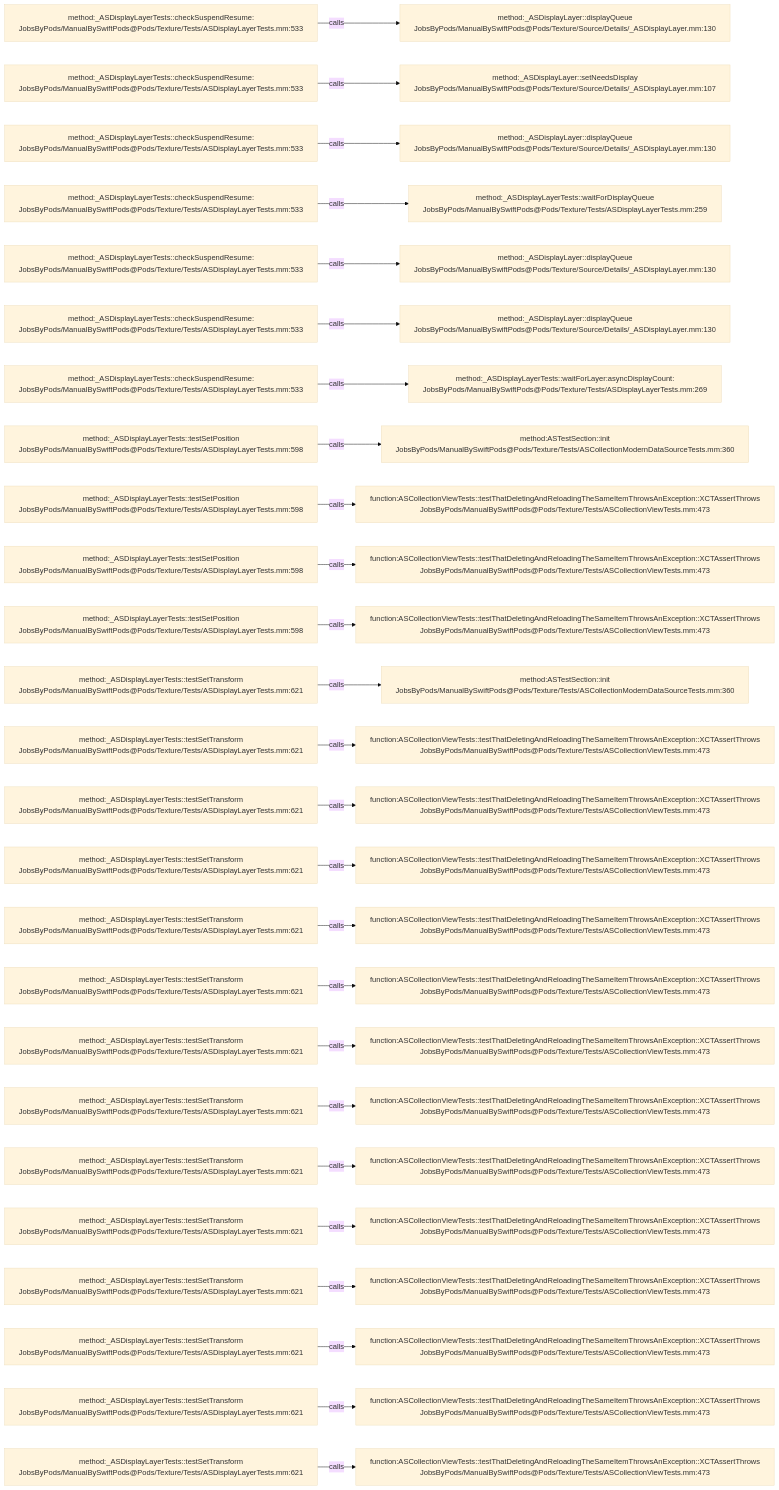
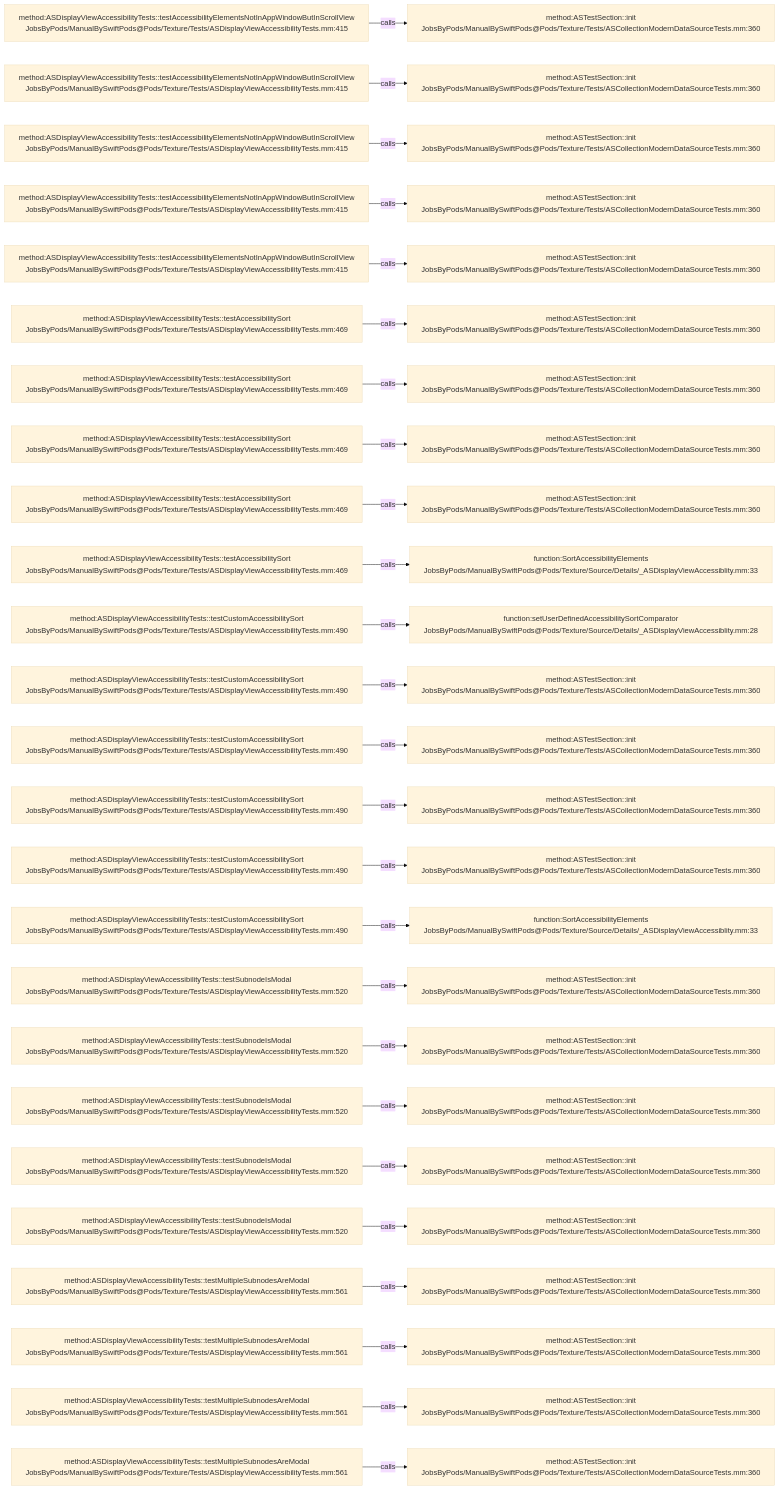
Before and after one commit to JobsKits/JobsSwiftBaseConfigDemo: the diagram in .codegraph/codegraph.md/graphs/calls-200.md, drawn with Mermaid (base theme). The commit also changed 832 other files, not shown here.

````diff
--- a/.codegraph/codegraph.md/graphs/calls-200.md
+++ b/.codegraph/codegraph.md/graphs/calls-200.md
@@ -13,78 +13,78 @@
 ```mermaid
 flowchart LR
-  S1["method:_ASDisplayLayerTests::checkSuspendResume:<br/>JobsByPods/ManualBySwiftPods@Pods/Texture/Tests/ASDisplayLayerTests.mm:533"]
-  T1["method:_ASDisplayLayer::displayQueue<br/>JobsByPods/ManualBySwiftPods@Pods/Texture/Source/Details/_ASDisplayLayer.mm:130"]
+  S1["method:ASDisplayViewAccessibilityTests::testAccessibilityElementsNotInAppWindowButInScrollView<br/>JobsByPods/ManualBySwiftPods@Pods/Texture/Tests/ASDisplayViewAccessibilityTests.mm:415"]
+  T1["method:ASTestSection::init<br/>JobsByPods/ManualBySwiftPods@Pods/Texture/Tests/ASCollectionModernDataSourceTests.mm:360"]
   S1 -->|calls| T1
-  S2["method:_ASDisplayLayerTests::checkSuspendResume:<br/>JobsByPods/ManualBySwiftPods@Pods/Texture/Tests/ASDisplayLayerTests.mm:533"]
-  T2["method:_ASDisplayLayer::setNeedsDisplay<br/>JobsByPods/ManualBySwiftPods@Pods/Texture/Source/Details/_ASDisplayLayer.mm:107"]
+  S2["method:ASDisplayViewAccessibilityTests::testAccessibilityElementsNotInAppWindowButInScrollView<br/>JobsByPods/ManualBySwiftPods@Pods/Texture/Tests/ASDisplayViewAccessibilityTests.mm:415"]
+  T2["method:ASTestSection::init<br/>JobsByPods/ManualBySwiftPods@Pods/Texture/Tests/ASCollectionModernDataSourceTests.mm:360"]
   S2 -->|calls| T2
-  S3["method:_ASDisplayLayerTests::checkSuspendResume:<br/>JobsByPods/ManualBySwiftPods@Pods/Texture/Tests/ASDisplayLayerTests.mm:533"]
-  T3["method:_ASDisplayLayer::displayQueue<br/>JobsByPods/ManualBySwiftPods@Pods/Texture/Source/Details/_ASDisplayLayer.mm:130"]
+  S3["method:ASDisplayViewAccessibilityTests::testAccessibilityElementsNotInAppWindowButInScrollView<br/>JobsByPods/ManualBySwiftPods@Pods/Texture/Tests/ASDisplayViewAccessibilityTests.mm:415"]
+  T3["method:ASTestSection::init<br/>JobsByPods/ManualBySwiftPods@Pods/Texture/Tests/ASCollectionModernDataSourceTests.mm:360"]
   S3 -->|calls| T3
-  S4["method:_ASDisplayLayerTests::checkSuspendResume:<br/>JobsByPods/ManualBySwiftPods@Pods/Texture/Tests/ASDisplayLayerTests.mm:533"]
-  T4["method:_ASDisplayLayerTests::waitForDisplayQueue<br/>JobsByPods/ManualBySwiftPods@Pods/Texture/Tests/ASDisplayLayerTests.mm:259"]
+  S4["method:ASDisplayViewAccessibilityTests::testAccessibilityElementsNotInAppWindowButInScrollView<br/>JobsByPods/ManualBySwiftPods@Pods/Texture/Tests/ASDisplayViewAccessibilityTests.mm:415"]
+  T4["method:ASTestSection::init<br/>JobsByPods/ManualBySwiftPods@Pods/Texture/Tests/ASCollectionModernDataSourceTests.mm:360"]
   S4 -->|calls| T4
-  S5["method:_ASDisplayLayerTests::checkSuspendResume:<br/>JobsByPods/ManualBySwiftPods@Pods/Texture/Tests/ASDisplayLayerTests.mm:533"]
-  T5["method:_ASDisplayLayer::displayQueue<br/>JobsByPods/ManualBySwiftPods@Pods/Texture/Source/Details/_ASDisplayLayer.mm:130"]
+  S5["method:ASDisplayViewAccessibilityTests::testAccessibilityElementsNotInAppWindowButInScrollView<br/>JobsByPods/ManualBySwiftPods@Pods/Texture/Tests/ASDisplayViewAccessibilityTests.mm:415"]
+  T5["method:ASTestSection::init<br/>JobsByPods/ManualBySwiftPods@Pods/Texture/Tests/ASCollectionModernDataSourceTests.mm:360"]
   S5 -->|calls| T5
-  S6["method:_ASDisplayLayerTests::checkSuspendResume:<br/>JobsByPods/ManualBySwiftPods@Pods/Texture/Tests/ASDisplayLayerTests.mm:533"]
-  T6["method:_ASDisplayLayer::displayQueue<br/>JobsByPods/ManualBySwiftPods@Pods/Texture/Source/Details/_ASDisplayLayer.mm:130"]
+  S6["method:ASDisplayViewAccessibilityTests::testAccessibilitySort<br/>JobsByPods/ManualBySwiftPods@Pods/Texture/Tests/ASDisplayViewAccessibilityTests.mm:469"]
+  T6["method:ASTestSection::init<br/>JobsByPods/ManualBySwiftPods@Pods/Texture/Tests/ASCollectionModernDataSourceTests.mm:360"]
   S6 -->|calls| T6
-  S7["method:_ASDisplayLayerTests::checkSuspendResume:<br/>JobsByPods/ManualBySwiftPods@Pods/Texture/Tests/ASDisplayLayerTests.mm:533"]
-  T7["method:_ASDisplayLayerTests::waitForLayer:asyncDisplayCount:<br/>JobsByPods/ManualBySwiftPods@Pods/Texture/Tests/ASDisplayLayerTests.mm:269"]
+  S7["method:ASDisplayViewAccessibilityTests::testAccessibilitySort<br/>JobsByPods/ManualBySwiftPods@Pods/Texture/Tests/ASDisplayViewAccessibilityTests.mm:469"]
+  T7["method:ASTestSection::init<br/>JobsByPods/ManualBySwiftPods@Pods/Texture/Tests/ASCollectionModernDataSourceTests.mm:360"]
   S7 -->|calls| T7
-  S8["method:_ASDisplayLayerTests::testSetPosition<br/>JobsByPods/ManualBySwiftPods@Pods/Texture/Tests/ASDisplayLayerTests.mm:598"]
+  S8["method:ASDisplayViewAccessibilityTests::testAccessibilitySort<br/>JobsByPods/ManualBySwiftPods@Pods/Texture/Tests/ASDisplayViewAccessibilityTests.mm:469"]
   T8["method:ASTestSection::init<br/>JobsByPods/ManualBySwiftPods@Pods/Texture/Tests/ASCollectionModernDataSourceTests.mm:360"]
   S8 -->|calls| T8
-  S9["method:_ASDisplayLayerTests::testSetPosition<br/>JobsByPods/ManualBySwiftPods@Pods/Texture/Tests/ASDisplayLayerTests.mm:598"]
-  T9["function:ASCollectionViewTests::testThatDeletingAndReloadingTheSameItemThrowsAnException::XCTAssertThrows<br/>JobsByPods/ManualBySwiftPods@Pods/Texture/Tests/ASCollectionViewTests.mm:473"]
+  S9["method:ASDisplayViewAccessibilityTests::testAccessibilitySort<br/>JobsByPods/ManualBySwiftPods@Pods/Texture/Tests/ASDisplayViewAccessibilityTests.mm:469"]
+  T9["method:ASTestSection::init<br/>JobsByPods/ManualBySwiftPods@Pods/Texture/Tests/ASCollectionModernDataSourceTests.mm:360"]
   S9 -->|calls| T9
-  S10["method:_ASDisplayLayerTests::testSetPosition<br/>JobsByPods/ManualBySwiftPods@Pods/Texture/Tests/ASDisplayLayerTests.mm:598"]
-  T10["function:ASCollectionViewTests::testThatDeletingAndReloadingTheSameItemThrowsAnException::XCTAssertThrows<br/>JobsByPods/ManualBySwiftPods@Pods/Texture/Tests/ASCollectionViewTests.mm:473"]
+  S10["method:ASDisplayViewAccessibilityTests::testAccessibilitySort<br/>JobsByPods/ManualBySwiftPods@Pods/Texture/Tests/ASDisplayViewAccessibilityTests.mm:469"]
+  T10["function:SortAccessibilityElements<br/>JobsByPods/ManualBySwiftPods@Pods/Texture/Source/Details/_ASDisplayViewAccessiblity.mm:33"]
   S10 -->|calls| T10
-  S11["method:_ASDisplayLayerTests::testSetPosition<br/>JobsByPods/ManualBySwiftPods@Pods/Texture/Tests/ASDisplayLayerTests.mm:598"]
-  T11["function:ASCollectionViewTests::testThatDeletingAndReloadingTheSameItemThrowsAnException::XCTAssertThrows<br/>JobsByPods/ManualBySwiftPods@Pods/Texture/Tests/ASCollectionViewTests.mm:473"]
+  S11["method:ASDisplayViewAccessibilityTests::testCustomAccessibilitySort<br/>JobsByPods/ManualBySwiftPods@Pods/Texture/Tests/ASDisplayViewAccessibilityTests.mm:490"]
+  T11["function:setUserDefinedAccessibilitySortComparator<br/>JobsByPods/ManualBySwiftPods@Pods/Texture/Source/Details/_ASDisplayViewAccessiblity.mm:28"]
   S11 -->|calls| T11
-  S12["method:_ASDisplayLayerTests::testSetTransform<br/>JobsByPods/ManualBySwiftPods@Pods/Texture/Tests/ASDisplayLayerTests.mm:621"]
+  S12["method:ASDisplayViewAccessibilityTests::testCustomAccessibilitySort<br/>JobsByPods/ManualBySwiftPods@Pods/Texture/Tests/ASDisplayViewAccessibilityTests.mm:490"]
   T12["method:ASTestSection::init<br/>JobsByPods/ManualBySwiftPods@Pods/Texture/Tests/ASCollectionModernDataSourceTests.mm:360"]
   S12 -->|calls| T12
-  S13["method:_ASDisplayLayerTests::testSetTransform<br/>JobsByPods/ManualBySwiftPods@Pods/Texture/Tests/ASDisplayLayerTests.mm:621"]
-  T13["function:ASCollectionViewTests::testThatDeletingAndReloadingTheSameItemThrowsAnException::XCTAssertThrows<br/>JobsByPods/ManualBySwiftPods@Pods/Texture/Tests/ASCollectionViewTests.mm:473"]
+  S13["method:ASDisplayViewAccessibilityTests::testCustomAccessibilitySort<br/>JobsByPods/ManualBySwiftPods@Pods/Texture/Tests/ASDisplayViewAccessibilityTests.mm:490"]
+  T13["method:ASTestSection::init<br/>JobsByPods/ManualBySwiftPods@Pods/Texture/Tests/ASCollectionModernDataSourceTests.mm:360"]
   S13 -->|calls| T13
-  S14["method:_ASDisplayLayerTests::testSetTransform<br/>JobsByPods/ManualBySwiftPods@Pods/Texture/Tests/ASDisplayLayerTests.mm:621"]
-  T14["function:ASCollectionViewTests::testThatDeletingAndReloadingTheSameItemThrowsAnException::XCTAssertThrows<br/>JobsByPods/ManualBySwiftPods@Pods/Texture/Tests/ASCollectionViewTests.mm:473"]
+  S14["method:ASDisplayViewAccessibilityTests::testCustomAccessibilitySort<br/>JobsByPods/ManualBySwiftPods@Pods/Texture/Tests/ASDisplayViewAccessibilityTests.mm:490"]
+  T14["method:ASTestSection::init<br/>JobsByPods/ManualBySwiftPods@Pods/Texture/Tests/ASCollectionModernDataSourceTests.mm:360"]
   S14 -->|calls| T14
-  S15["method:_ASDisplayLayerTests::testSetTransform<br/>JobsByPods/ManualBySwiftPods@Pods/Texture/Tests/ASDisplayLayerTests.mm:621"]
-  T15["function:ASCollectionViewTests::testThatDeletingAndReloadingTheSameItemThrowsAnException::XCTAssertThrows<br/>JobsByPods/ManualBySwiftPods@Pods/Texture/Tests/ASCollectionViewTests.mm:473"]
+  S15["method:ASDisplayViewAccessibilityTests::testCustomAccessibilitySort<br/>JobsByPods/ManualBySwiftPods@Pods/Texture/Tests/ASDisplayViewAccessibilityTests.mm:490"]
+  T15["method:ASTestSection::init<br/>JobsByPods/ManualBySwiftPods@Pods/Texture/Tests/ASCollectionModernDataSourceTests.mm:360"]
   S15 -->|calls| T15
-  S16["method:_ASDisplayLayerTests::testSetTransform<br/>JobsByPods/ManualBySwiftPods@Pods/Texture/Tests/ASDisplayLayerTests.mm:621"]
-  T16["function:ASCollectionViewTests::testThatDeletingAndReloadingTheSameItemThrowsAnException::XCTAssertThrows<br/>JobsByPods/ManualBySwiftPods@Pods/Texture/Tests/ASCollectionViewTests.mm:473"]
+  S16["method:ASDisplayViewAccessibilityTests::testCustomAccessibilitySort<br/>JobsByPods/ManualBySwiftPods@Pods/Texture/Tests/ASDisplayViewAccessibilityTests.mm:490"]
+  T16["function:SortAccessibilityElements<br/>JobsByPods/ManualBySwiftPods@Pods/Texture/Source/Details/_ASDisplayViewAccessiblity.mm:33"]
   S16 -->|calls| T16
-  S17["method:_ASDisplayLayerTests::testSetTransform<br/>JobsByPods/ManualBySwiftPods@Pods/Texture/Tests/ASDisplayLayerTests.mm:621"]
-  T17["function:ASCollectionViewTests::testThatDeletingAndReloadingTheSameItemThrowsAnException::XCTAssertThrows<br/>JobsByPods/ManualBySwiftPods@Pods/Texture/Tests/ASCollectionViewTests.mm:473"]
+  S17["method:ASDisplayViewAccessibilityTests::testSubnodeIsModal<br/>JobsByPods/ManualBySwiftPods@Pods/Texture/Tests/ASDisplayViewAccessibilityTests.mm:520"]
+  T17["method:ASTestSection::init<br/>JobsByPods/ManualBySwiftPods@Pods/Texture/Tests/ASCollectionModernDataSourceTests.mm:360"]
   S17 -->|calls| T17
-  S18["method:_ASDisplayLayerTests::testSetTransform<br/>JobsByPods/ManualBySwiftPods@Pods/Texture/Tests/ASDisplayLayerTests.mm:621"]
-  T18["function:ASCollectionViewTests::testThatDeletingAndReloadingTheSameItemThrowsAnException::XCTAssertThrows<br/>JobsByPods/ManualBySwiftPods@Pods/Texture/Tests/ASCollectionViewTests.mm:473"]
+  S18["method:ASDisplayViewAccessibilityTests::testSubnodeIsModal<br/>JobsByPods/ManualBySwiftPods@Pods/Texture/Tests/ASDisplayViewAccessibilityTests.mm:520"]
+  T18["method:ASTestSection::init<br/>JobsByPods/ManualBySwiftPods@Pods/Texture/Tests/ASCollectionModernDataSourceTests.mm:360"]
   S18 -->|calls| T18
-  S19["method:_ASDisplayLayerTests::testSetTransform<br/>JobsByPods/ManualBySwiftPods@Pods/Texture/Tests/ASDisplayLayerTests.mm:621"]
-  T19["function:ASCollectionViewTests::testThatDeletingAndReloadingTheSameItemThrowsAnException::XCTAssertThrows<br/>JobsByPods/ManualBySwiftPods@Pods/Texture/Tests/ASCollectionViewTests.mm:473"]
+  S19["method:ASDisplayViewAccessibilityTests::testSubnodeIsModal<br/>JobsByPods/ManualBySwiftPods@Pods/Texture/Tests/ASDisplayViewAccessibilityTests.mm:520"]
+  T19["method:ASTestSection::init<br/>JobsByPods/ManualBySwiftPods@Pods/Texture/Tests/ASCollectionModernDataSourceTests.mm:360"]
   S19 -->|calls| T19
-  S20["method:_ASDisplayLayerTests::testSetTransform<br/>JobsByPods/ManualBySwiftPods@Pods/Texture/Tests/ASDisplayLayerTests.mm:621"]
-  T20["function:ASCollectionViewTests::testThatDeletingAndReloadingTheSameItemThrowsAnException::XCTAssertThrows<br/>JobsByPods/ManualBySwiftPods@Pods/Texture/Tests/ASCollectionViewTests.mm:473"]
+  S20["method:ASDisplayViewAccessibilityTests::testSubnodeIsModal<br/>JobsByPods/ManualBySwiftPods@Pods/Texture/Tests/ASDisplayViewAccessibilityTests.mm:520"]
+  T20["method:ASTestSection::init<br/>JobsByPods/ManualBySwiftPods@Pods/Texture/Tests/ASCollectionModernDataSourceTests.mm:360"]
   S20 -->|calls| T20
-  S21["method:_ASDisplayLayerTests::testSetTransform<br/>JobsByPods/ManualBySwiftPods@Pods/Texture/Tests/ASDisplayLayerTests.mm:621"]
-  T21["function:ASCollectionViewTests::testThatDeletingAndReloadingTheSameItemThrowsAnException::XCTAssertThrows<br/>JobsByPods/ManualBySwiftPods@Pods/Texture/Tests/ASCollectionViewTests.mm:473"]
+  S21["method:ASDisplayViewAccessibilityTests::testSubnodeIsModal<br/>JobsByPods/ManualBySwiftPods@Pods/Texture/Tests/ASDisplayViewAccessibilityTests.mm:520"]
+  T21["method:ASTestSection::init<br/>JobsByPods/ManualBySwiftPods@Pods/Texture/Tests/ASCollectionModernDataSourceTests.mm:360"]
   S21 -->|calls| T21
-  S22["method:_ASDisplayLayerTests::testSetTransform<br/>JobsByPods/ManualBySwiftPods@Pods/Texture/Tests/ASDisplayLayerTests.mm:621"]
-  T22["function:ASCollectionViewTests::testThatDeletingAndReloadingTheSameItemThrowsAnException::XCTAssertThrows<br/>JobsByPods/ManualBySwiftPods@Pods/Texture/Tests/ASCollectionViewTests.mm:473"]
+  S22["method:ASDisplayViewAccessibilityTests::testMultipleSubnodesAreModal<br/>JobsByPods/ManualBySwiftPods@Pods/Texture/Tests/ASDisplayViewAccessibilityTests.mm:561"]
+  T22["method:ASTestSection::init<br/>JobsByPods/ManualBySwiftPods@Pods/Texture/Tests/ASCollectionModernDataSourceTests.mm:360"]
   S22 -->|calls| T22
-  S23["method:_ASDisplayLayerTests::testSetTransform<br/>JobsByPods/ManualBySwiftPods@Pods/Texture/Tests/ASDisplayLayerTests.mm:621"]
-  T23["function:ASCollectionViewTests::testThatDeletingAndReloadingTheSameItemThrowsAnException::XCTAssertThrows<br/>JobsByPods/ManualBySwiftPods@Pods/Texture/Tests/ASCollectionViewTests.mm:473"]
+  S23["method:ASDisplayViewAccessibilityTests::testMultipleSubnodesAreModal<br/>JobsByPods/ManualBySwiftPods@Pods/Texture/Tests/ASDisplayViewAccessibilityTests.mm:561"]
+  T23["method:ASTestSection::init<br/>JobsByPods/ManualBySwiftPods@Pods/Texture/Tests/ASCollectionModernDataSourceTests.mm:360"]
   S23 -->|calls| T23
-  S24["method:_ASDisplayLayerTests::testSetTransform<br/>JobsByPods/ManualBySwiftPods@Pods/Texture/Tests/ASDisplayLayerTests.mm:621"]
-  T24["function:ASCollectionViewTests::testThatDeletingAndReloadingTheSameItemThrowsAnException::XCTAssertThrows<br/>JobsByPods/ManualBySwiftPods@Pods/Texture/Tests/ASCollectionViewTests.mm:473"]
+  S24["method:ASDisplayViewAccessibilityTests::testMultipleSubnodesAreModal<br/>JobsByPods/ManualBySwiftPods@Pods/Texture/Tests/ASDisplayViewAccessibilityTests.mm:561"]
+  T24["method:ASTestSection::init<br/>JobsByPods/ManualBySwiftPods@Pods/Texture/Tests/ASCollectionModernDataSourceTests.mm:360"]
   S24 -->|calls| T24
-  S25["method:_ASDisplayLayerTests::testSetTransform<br/>JobsByPods/ManualBySwiftPods@Pods/Texture/Tests/ASDisplayLayerTests.mm:621"]
-  T25["function:ASCollectionViewTests::testThatDeletingAndReloadingTheSameItemThrowsAnException::XCTAssertThrows<br/>JobsByPods/ManualBySwiftPods@Pods/Texture/Tests/ASCollectionViewTests.mm:473"]
+  S25["method:ASDisplayViewAccessibilityTests::testMultipleSubnodesAreModal<br/>JobsByPods/ManualBySwiftPods@Pods/Texture/Tests/ASDisplayViewAccessibilityTests.mm:561"]
+  T25["method:ASTestSection::init<br/>JobsByPods/ManualBySwiftPods@Pods/Texture/Tests/ASCollectionModernDataSourceTests.mm:360"]
   S25 -->|calls| T25
 ```
````
